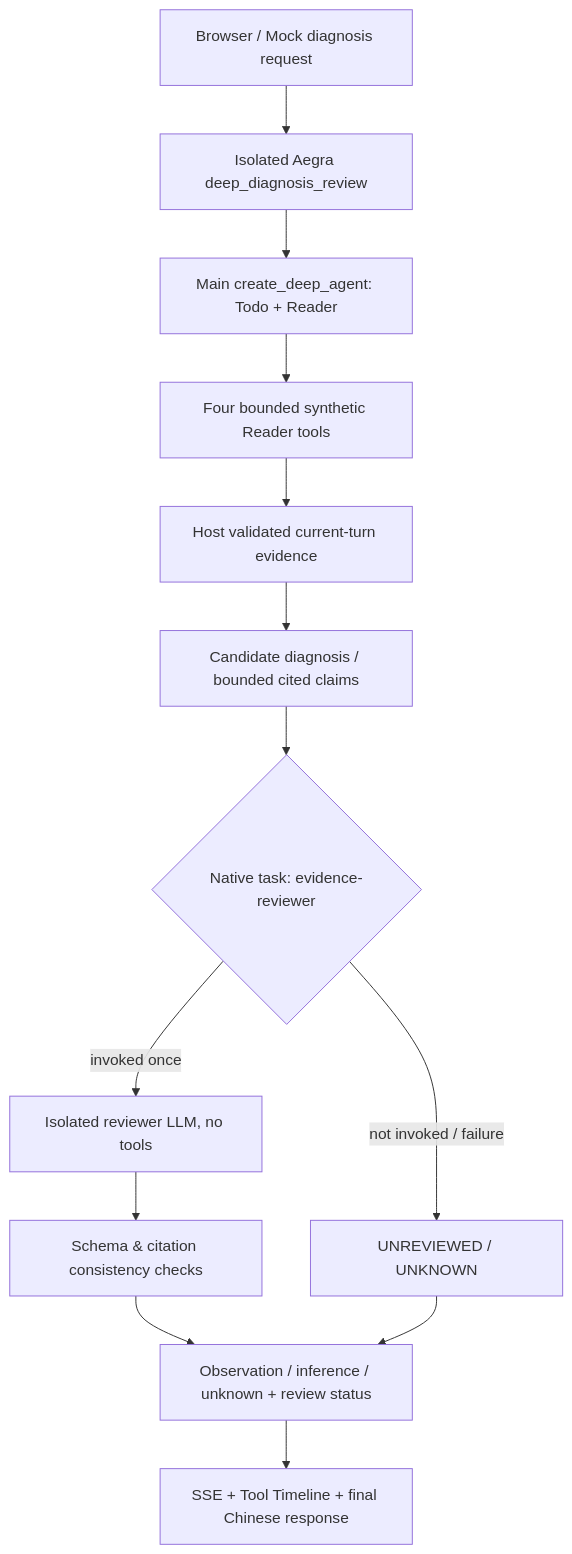
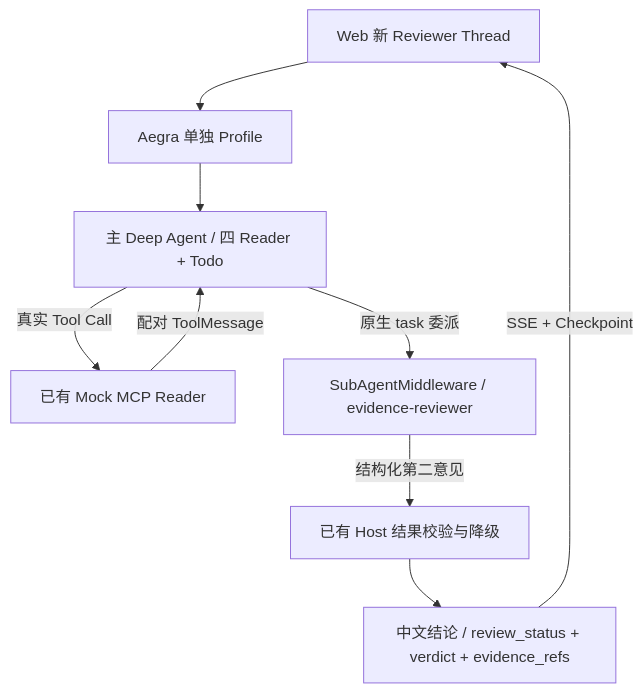
Before and after one commit to Vc-great/kube-triage-agent: the diagram in docs/plans/issue-72-evidence-reviewer-subagent.md, drawn with Mermaid. The commit also changed other lines of this file, not shown here.

First line of the commit message:
docs(issue #72): Evidence Reviewer Demo-first V2 原生 Subagent Web 集成计划 (#87)

````diff
--- a/docs/plans/issue-72-evidence-reviewer-subagent.md
+++ b/docs/plans/issue-72-evidence-reviewer-subagent.md
@@ -67,15 +59,11 @@
-~~~mermaid
+```mermaid
 flowchart TD
-  U[Browser / Mock diagnosis request] --> D[Isolated Aegra deep_diagnosis_review]
-  D --> A[Main create_deep_agent: Todo + Reader]
-  A --> K[Four bounded synthetic Reader tools]
-  K --> E[Host validated current-turn evidence]
-  E --> C[Candidate diagnosis / bounded cited claims]
-  C --> T{Native task: evidence-reviewer}
-  T -->|invoked once| R[Isolated reviewer LLM, no tools]
-  T -->|not invoked / failure| N[UNREVIEWED / UNKNOWN]
-  R --> V[Schema & citation consistency checks]
-  V --> F[Observation / inference / unknown + review status]
-  N --> F
-  F --> S[SSE + Tool Timeline + final Chinese response]
-~~~
+  U[Web 新 Reviewer Thread] --> A[Aegra 单独 Profile]
+  A --> P[主 Deep Agent / 四 Reader + Todo]
+  P -->|真实 Tool Call| M[已有 Mock MCP Reader]
+  M -->|配对 ToolMessage| P
+  P -->|原生 task 委派| R[SubAgentMiddleware / evidence-reviewer]
+  R -->|结构化第二意见| H[已有 Host 结果校验与降级]
+  H --> F[中文结论 / review_status + verdict + evidence_refs]
+  F -->|SSE + Checkpoint| U
+```
````
